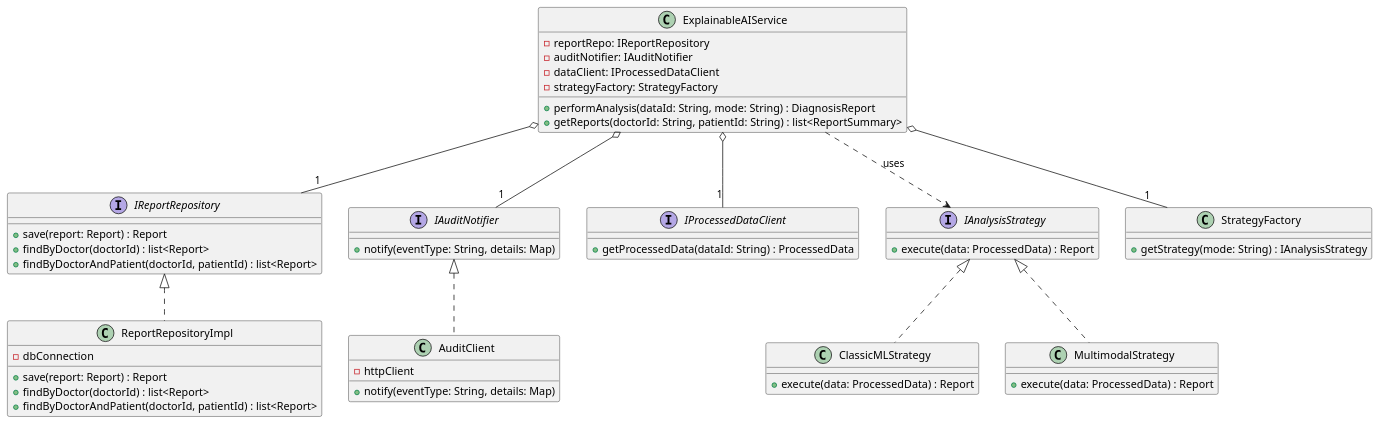
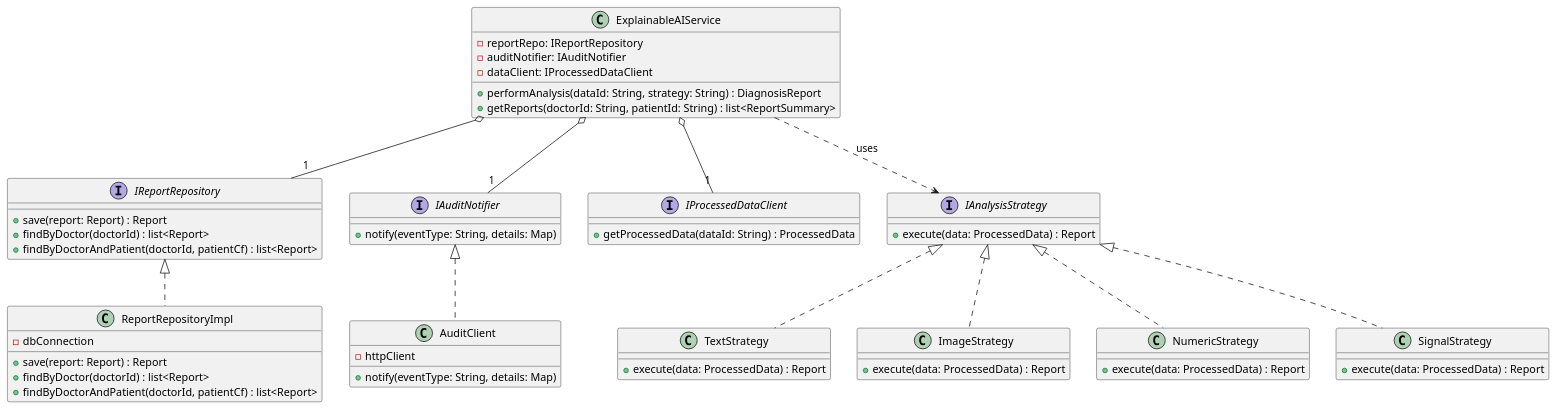
The diagram in deliverables/uml_diagrams/classes/explainable_ai.puml (carrieroroberto/early_care_gateway), drawn with PlantUML before and after one commit. The commit also changed 46 other files, not shown here.

```diff
--- a/deliverables/uml_diagrams/classes/explainable_ai.puml
+++ b/deliverables/uml_diagrams/classes/explainable_ai.puml
@@ -1,56 +1,57 @@
 @startuml
 
 interface IReportRepository {
   + save(report: Report) : Report
   + findByDoctor(doctorId) : list<Report>
-  + findByDoctorAndPatient(doctorId, patientId) : list<Report>
+  + findByDoctorAndPatient(doctorId, patientCf) : list<Report>
 }
 class ReportRepositoryImpl implements IReportRepository {
   - dbConnection
   + save(report: Report) : Report
   + findByDoctor(doctorId) : list<Report>
-  + findByDoctorAndPatient(doctorId, patientId) : list<Report>
+  + findByDoctorAndPatient(doctorId, patientCf) : list<Report>
 }
 
 interface IAuditNotifier {
   + notify(eventType: String, details: Map)
 }
 class AuditClient implements IAuditNotifier {
   - httpClient
   + notify(eventType: String, details: Map)
 }
 
 interface IProcessedDataClient {
   + getProcessedData(dataId: String) : ProcessedData
 }
 
 interface IAnalysisStrategy {
   + execute(data: ProcessedData) : Report
 }
-class ClassicMLStrategy implements IAnalysisStrategy {
+class TextStrategy implements IAnalysisStrategy {
   + execute(data: ProcessedData) : Report
 }
-class MultimodalStrategy implements IAnalysisStrategy {
+class ImageStrategy implements IAnalysisStrategy {
   + execute(data: ProcessedData) : Report
 }
-class StrategyFactory {
-  + getStrategy(mode: String) : IAnalysisStrategy
+class NumericStrategy implements IAnalysisStrategy {
+  + execute(data: ProcessedData) : Report
+}
+class SignalStrategy implements IAnalysisStrategy {
+  + execute(data: ProcessedData) : Report
 }
 
 class ExplainableAIService {
   - reportRepo: IReportRepository
   - auditNotifier: IAuditNotifier
   - dataClient: IProcessedDataClient
-  - strategyFactory: StrategyFactory
 
-  + performAnalysis(dataId: String, mode: String) : DiagnosisReport
+  + performAnalysis(dataId: String, strategy: String) : DiagnosisReport
   + getReports(doctorId: String, patientId: String) : list<ReportSummary>
 }
 
 ExplainableAIService o-- "1" IReportRepository
 ExplainableAIService o-- "1" IAuditNotifier
 ExplainableAIService o-- "1" IProcessedDataClient
-ExplainableAIService o-- "1" StrategyFactory
 ExplainableAIService ..> IAnalysisStrategy : uses
 
 @enduml
```
